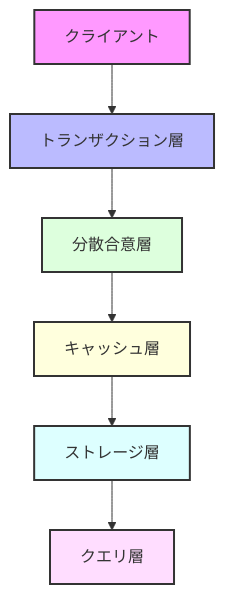
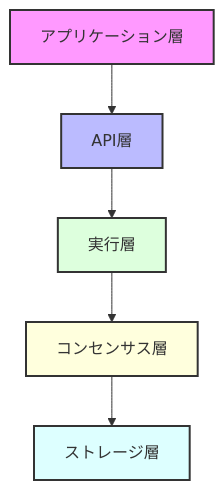
Before and after one commit to enablerdao/rustorium: the diagram in README.md, drawn with Mermaid. The commit also changed other lines of this file and 1 other file, not shown here.

````diff
--- a/README.md
+++ b/README.md
@@ -75,15 +46,13 @@
 ```mermaid
 graph TD
-    A[クライアント] --> B[トランザクション層]
-    B --> C[分散合意層]
-    C --> D[キャッシュ層]
+    A[アプリケーション層] --> B[API層]
+    B --> C[実行層]
+    C --> D[コンセンサス層]
     D --> E[ストレージ層]
-    E --> F[クエリ層]
-
+    
     style A fill:#f9f,stroke:#333,stroke-width:2px
     style B fill:#bbf,stroke:#333,stroke-width:2px
     style C fill:#dfd,stroke:#333,stroke-width:2px
     style D fill:#ffd,stroke:#333,stroke-width:2px
     style E fill:#dff,stroke:#333,stroke-width:2px
-    style F fill:#fdf,stroke:#333,stroke-width:2px
 ```
````
